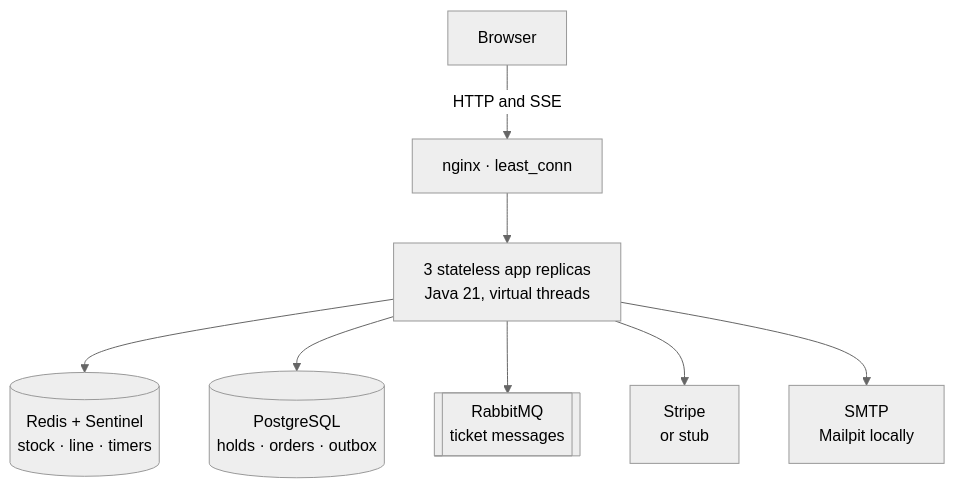
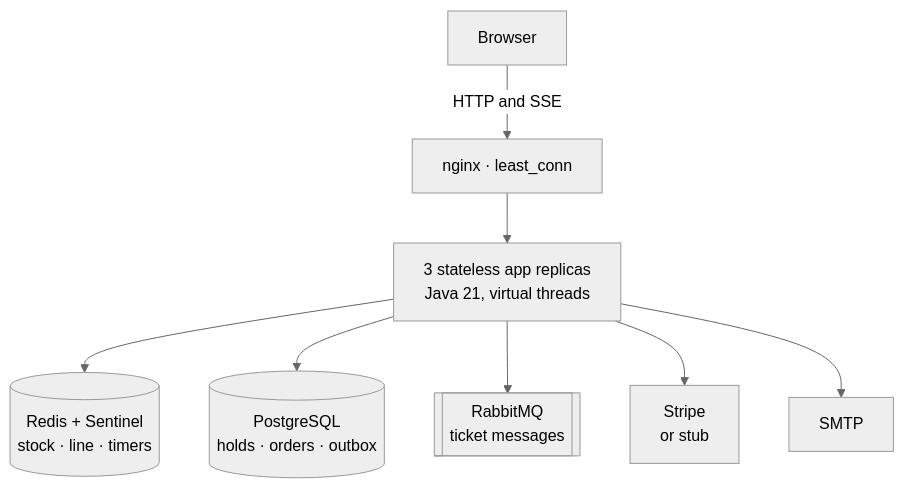
Before and after one commit to eshedhayoun/FlashSeats: the diagram in README.md, drawn with Mermaid (neutral theme). The commit also changed other lines of this file and 1 other file, not shown here.

````diff
--- a/README.md
+++ b/README.md
@@ -63,10 +52,10 @@
 ```mermaid
 flowchart TB
     browser["Browser"] -->|HTTP and SSE| nginx["nginx · least_conn"]
     nginx --> apps["3 stateless app replicas<br/>Java 21, virtual threads"]
     apps --> redis[("Redis + Sentinel<br/>stock · line · timers")]
     apps --> postgres[("PostgreSQL<br/>holds · orders · outbox")]
     apps --> rabbit[["RabbitMQ<br/>ticket messages"]]
     apps --> stripe["Stripe<br/>or stub"]
-    apps --> smtp["SMTP<br/>Mailpit locally"]
+    apps --> smtp["SMTP"]
 ```
````
